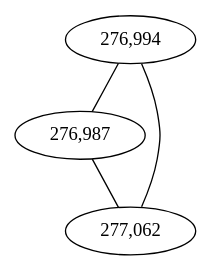
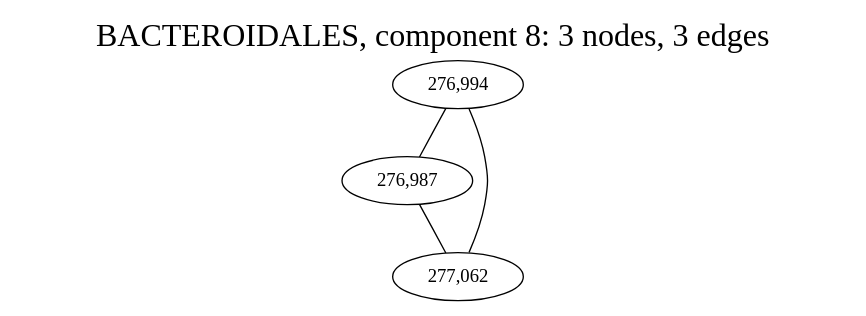
Before and after one commit to fedarko/sheepgut: the diagram in notebooks/graphs/BACTEROIDALES_cc8.gv, drawn with Graphviz. The commit also changed 60 other files, not shown here.

```diff
--- a/notebooks/graphs/BACTEROIDALES_cc8.gv
+++ b/notebooks/graphs/BACTEROIDALES_cc8.gv
@@ -1,10 +1,13 @@
 graph BACTEROIDALES_cc8 {
 	overlap="prism50";
 	outputorder="edgesfirst";
+	label="BACTEROIDALES, component 8: 3 nodes, 3 edges";
+	labelloc="t";
+	fontsize=24;
 	"276,994" [style="filled", fillcolor="#ffffff", fontcolor="#000000"];
 	"276,987" [style="filled", fillcolor="#ffffff", fontcolor="#000000"];
 	"277,062" [style="filled", fillcolor="#ffffff", fontcolor="#000000"];
 	"276,994" -- "276,987";
 	"276,994" -- "277,062";
 	"276,987" -- "277,062";
 }
```
